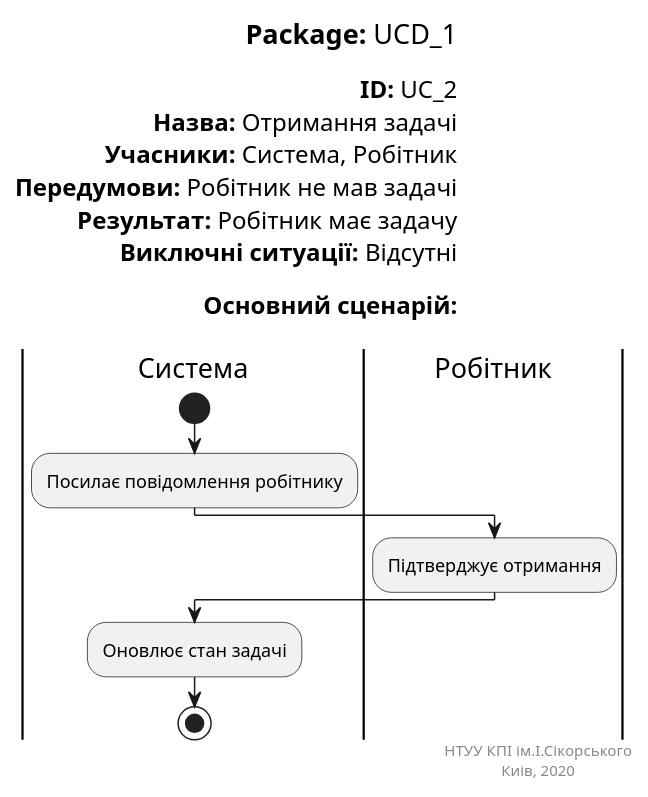
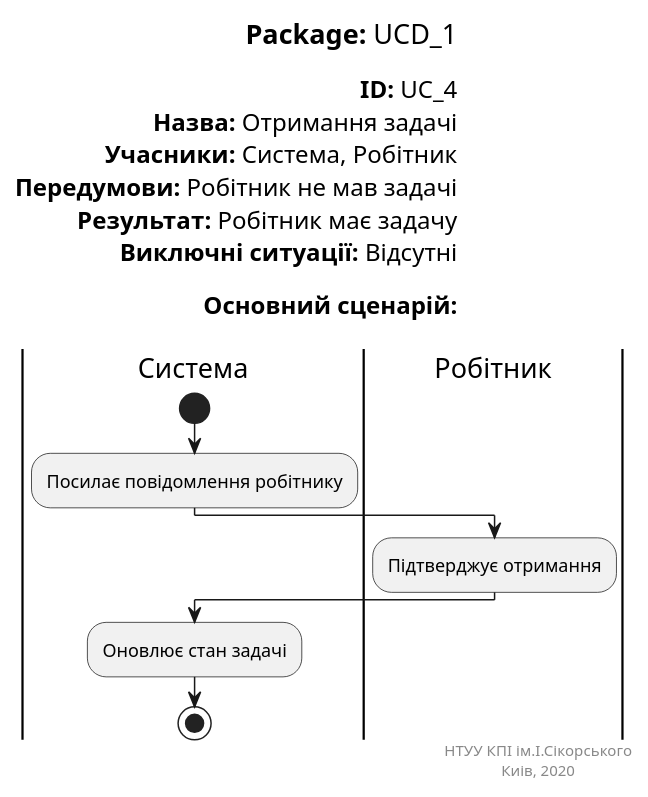
One commit to Jirobus/Core changed the diagram in docs/puml/getTask.puml. Above: the diagram before and after it, drawn with PlantUML.

```diff
--- a/docs/puml/getTask.puml
+++ b/docs/puml/getTask.puml
@@ -1,31 +1,31 @@
 @startuml
 left header
 <font color=000 size=18><b>Package:</b> UCD_1
 
-<font color=000 size=16><b>ID:</b> UC_2
+<font color=000 size=16><b>ID:</b> UC_4
 <font color=000 size=16><b>Назва:</b> Отримання задачі
 <font color=000 size=16><b>Учасники:</b> Система, Робітник
 <font color=000 size=16><b>Передумови:</b> Робітник не мав задачі
 <font color=000 size=16><b>Результат:</b> Робітник має задачу
 <font color=000 size=16><b>Виключні ситуації:</b> Відсутні
 
 <font color=000 size=16><b>Основний сценарій:</b> 
 
 end header
 
 |Система|
 start
 :Посилає повідомлення робітнику;
 
 |Робітник|
 :Підтверджує отримання;
 
 |Система|
 :Оновлює стан задачі;
 stop
 
 right footer
 НТУУ КПІ ім.І.Сікорського
 Киів, 2020 
 end footer
 @enduml
```
